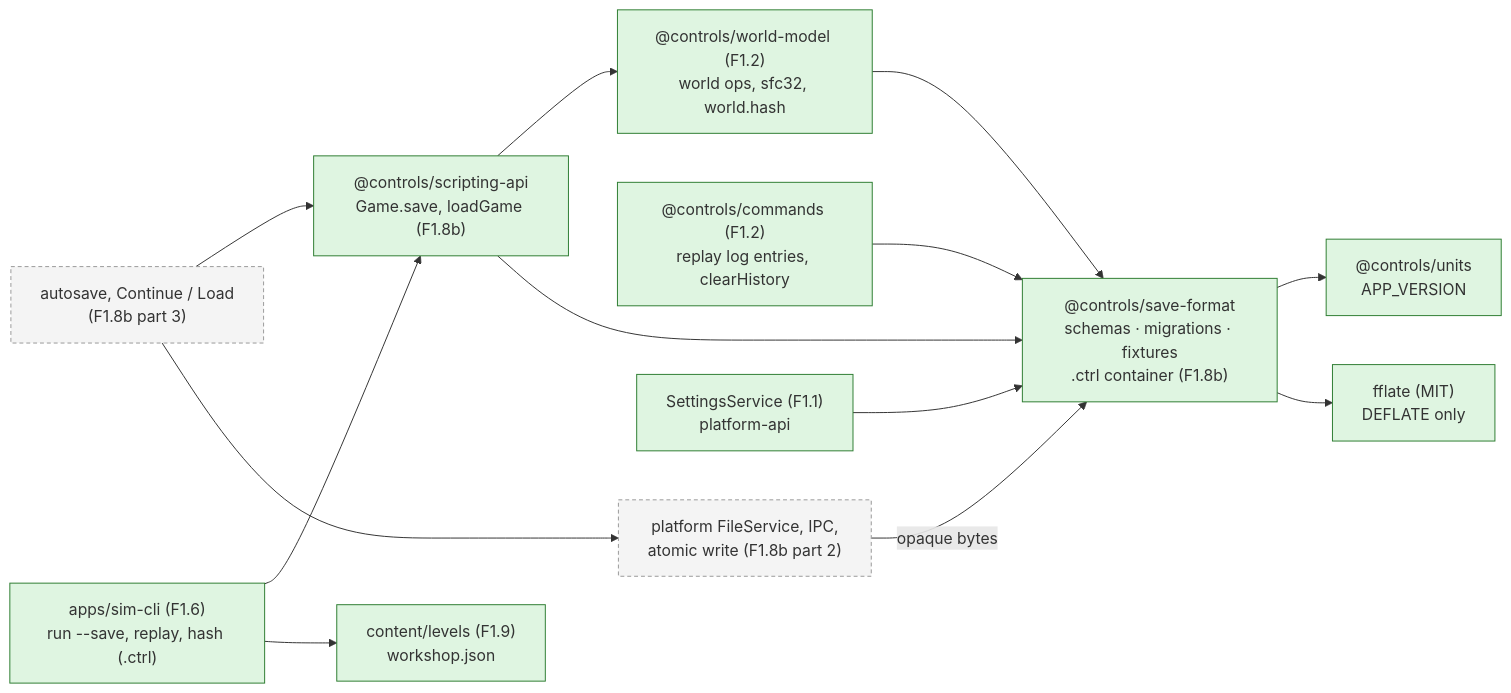
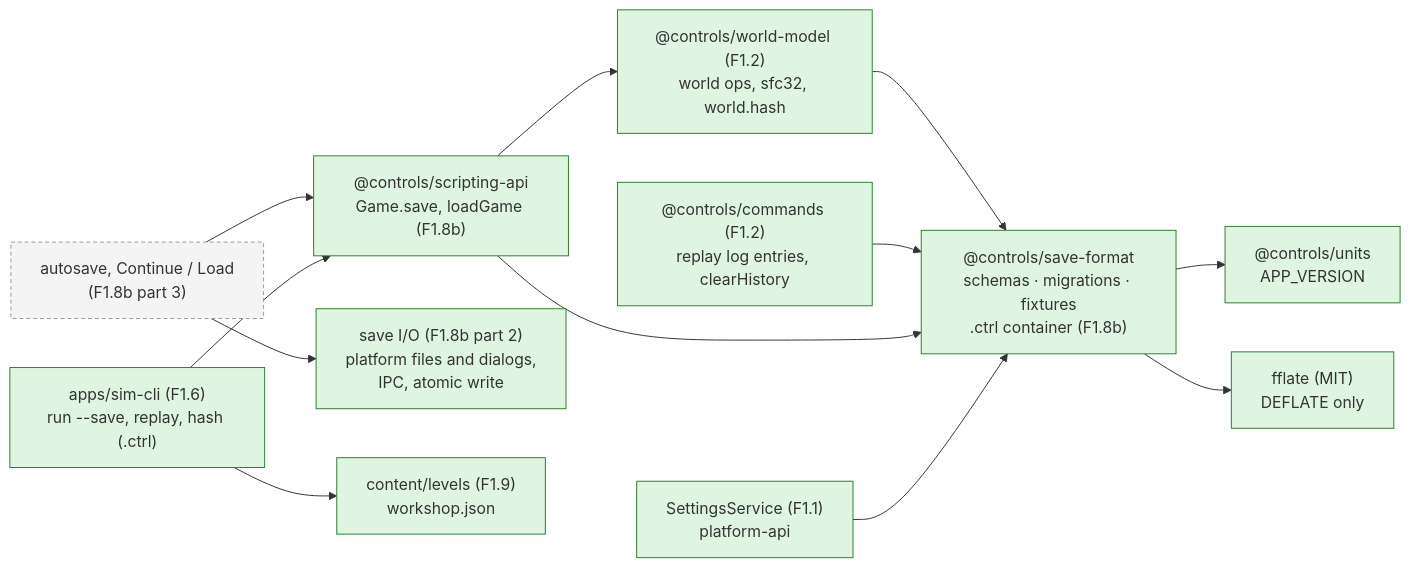
The sixth of 8 diagrams in docs/architecture/world-and-saves.md (joebarbere/controls), drawn with Mermaid before and after one commit. The commit also changed other lines of this file and 51 other files, not shown here.

First line of the commit message:
feat(saves): F1.8b part 2, platform save I/O behind opaque handles (#20)

````diff
--- a/docs/architecture/world-and-saves.md
+++ b/docs/architecture/world-and-saves.md
@@ -199,30 +199,29 @@
 ```mermaid
 flowchart LR
     classDef done fill:#dff5e1,stroke:#2e7d32;
     classDef later fill:#f4f4f4,stroke:#999,stroke-dasharray: 4 3;
 
     SF["@controls/save-format<br/>schemas · migrations · fixtures<br/>.ctrl container (F1.8b)"]:::done
     FF["fflate (MIT)<br/>DEFLATE only"]:::done
     UNITS["@controls/units<br/>APP_VERSION"]:::done
     WM["@controls/world-model (F1.2)<br/>world ops, sfc32, world.hash"]:::done
     CMD["@controls/commands (F1.2)<br/>replay log entries, clearHistory"]:::done
     API["@controls/scripting-api<br/>Game.save, loadGame (F1.8b)"]:::done
-    IO["platform FileService, IPC,<br/>atomic write (F1.8b part 2)"]:::later
+    IO["save I/O (F1.8b part 2)<br/>platform files and dialogs,<br/>IPC, atomic write"]:::done
     UI["autosave, Continue / Load<br/>(F1.8b part 3)"]:::later
     SET["SettingsService (F1.1)<br/>platform-api"]:::done
     CLI["apps/sim-cli (F1.6)<br/>run --save, replay, hash (.ctrl)"]:::done
     LVL["content/levels (F1.9)<br/>workshop.json"]:::done
 
     SF --> UNITS
     SF --> FF
     WM --> SF
     CMD --> SF
     API --> WM
     API --> SF
-    IO -->|"opaque bytes"| SF
     UI --> API
     UI --> IO
     SET --> SF
     CLI --> API
     CLI --> LVL
 ```
````
